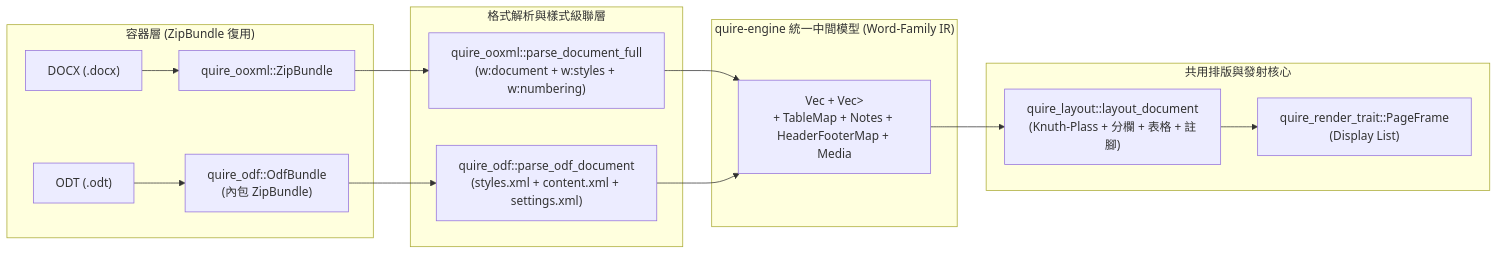
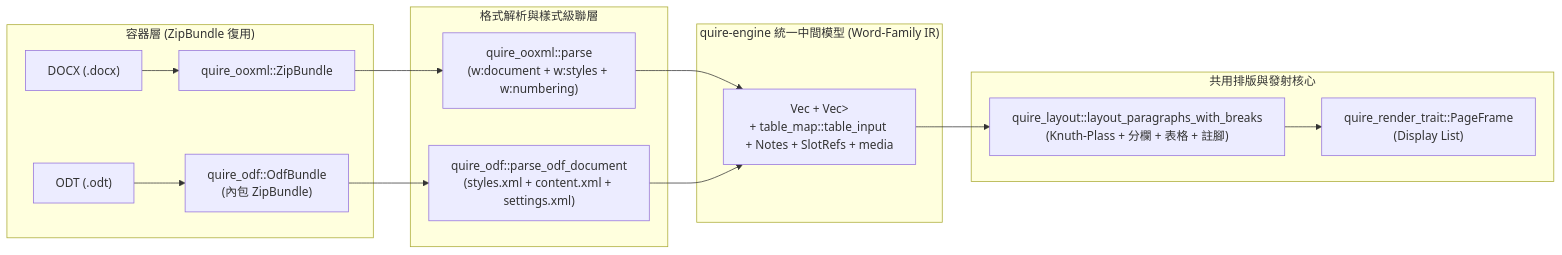
The first of 3 diagrams in docs/odf-design.md (quire-office/quire), drawn with Mermaid before and after one commit. The commit also changed other lines of this file, not shown here.

````diff
--- a/docs/odf-design.md
+++ b/docs/odf-design.md
@@ -165,19 +172,19 @@
 ```mermaid
 flowchart LR
     subgraph Container["容器層 (ZipBundle 復用)"]
         DOCX["DOCX (.docx)"] --> ZB["quire_ooxml::ZipBundle"]
         ODT["ODT (.odt)"] --> OB["quire_odf::OdfBundle\n(內包 ZipBundle)"]
     end
     subgraph Parser["格式解析與樣式級聯層"]
-        ZB --> P_OOXML["quire_ooxml::parse_document_full\n(w:document + w:styles + w:numbering)"]
+        ZB --> P_OOXML["quire_ooxml::parse\n(w:document + w:styles + w:numbering)"]
         OB --> P_ODF["quire_odf::parse_odf_document\n(styles.xml + content.xml + settings.xml)"]
     end
     subgraph EngineIR["quire-engine 統一中間模型 (Word-Family IR)"]
-        P_OOXML --> IR["Vec<Paragraph> + Vec<Option<SectionSpec>>\n+ TableMap + Notes + HeaderFooterMap + Media"]
+        P_OOXML --> IR["Vec<Paragraph> + Vec<Option<SectionSpec>>\n+ table_map::table_input + Notes + SlotRefs + media"]
         P_ODF --> IR
     end
     subgraph Layout["共用排版與發射核心"]
-        IR --> KP["quire_layout::layout_document\n(Knuth-Plass + 分欄 + 表格 + 註腳)"]
+        IR --> KP["quire_layout::layout_paragraphs_with_breaks\n(Knuth-Plass + 分欄 + 表格 + 註腳)"]
         KP --> DL["quire_render_trait::PageFrame\n(Display List)"]
     end
 ```
````
